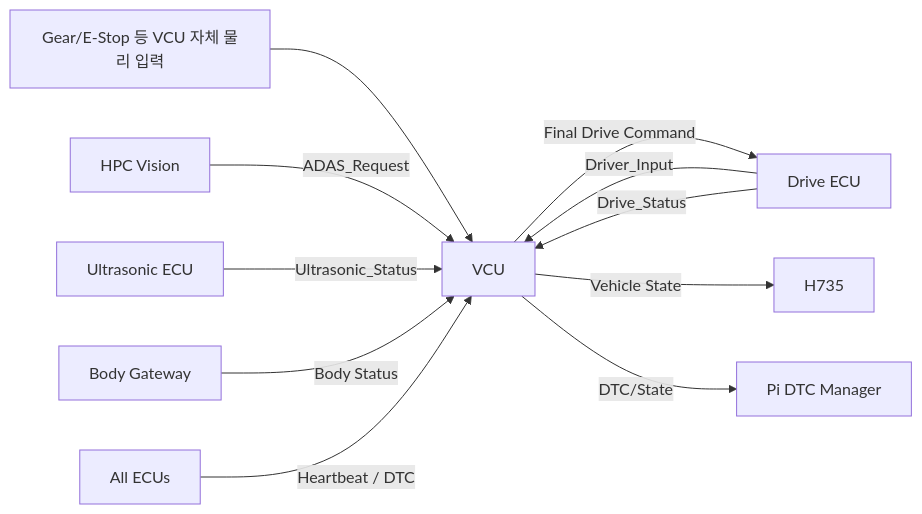
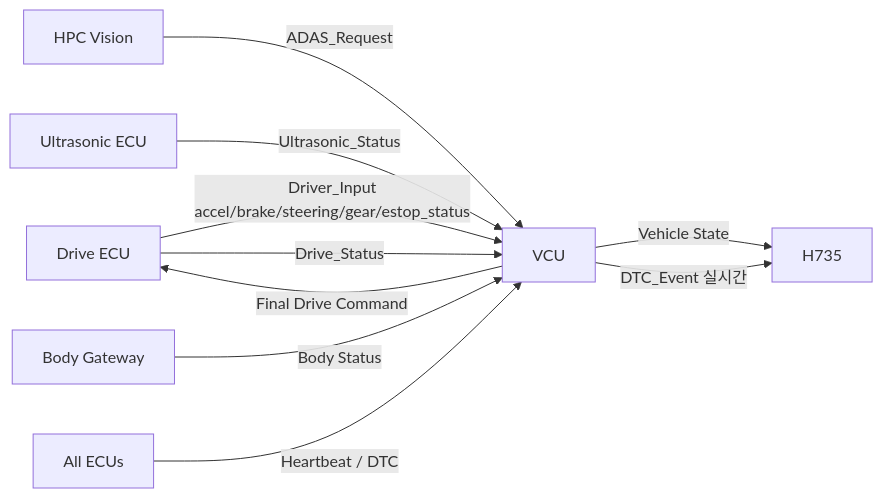
The first of 5 diagrams in docs/ecus/VCU_DTC_CAN_Integration/ARCHITECTURE.md (sunmaan22/SDV_MCU_Project), drawn with Mermaid before and after one commit. The commit also changed other lines of this file and 25 other files, not shown here.

Commit message:
docs: move safety inputs to Drive ECU and simplify live diagnostics

````diff
--- a/docs/ecus/VCU_DTC_CAN_Integration/ARCHITECTURE.md
+++ b/docs/ecus/VCU_DTC_CAN_Integration/ARCHITECTURE.md
@@ -82,13 +87,12 @@
 ```mermaid
 flowchart LR
-    GEAR[Gear/E-Stop 등 VCU 자체 물리 입력] --> VCU[VCU]
-    DRIVE[Drive ECU] -->|Driver_Input| VCU
+    DRIVE[Drive ECU] -->|Driver_Input<br/>accel/brake/steering/gear/estop_status| VCU[VCU]
     HPC[HPC Vision] -->|ADAS_Request| VCU
     US[Ultrasonic ECU] -->|Ultrasonic_Status| VCU
     DRIVE -->|Drive_Status| VCU
     BODY[Body Gateway] -->|Body Status| VCU
     ALL[All ECUs] -->|Heartbeat / DTC| VCU
     VCU -->|Final Drive Command| DRIVE
     VCU -->|Vehicle State| HMI[H735]
-    VCU -->|DTC/State| PI[Pi DTC Manager]
+    VCU -->|DTC_Event 실시간| HMI
 ```
````
